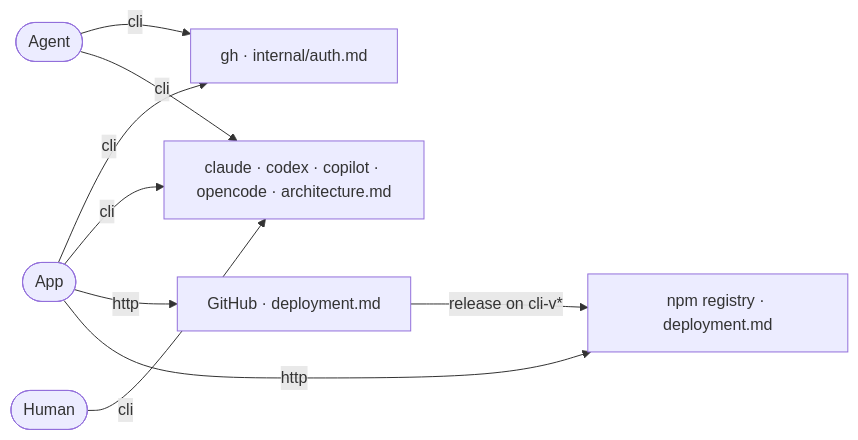
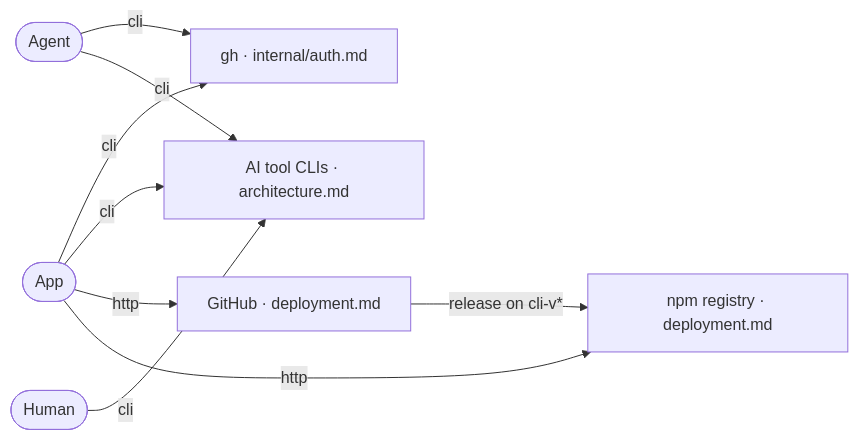
One commit to ai-driven-dev/framework changed the diagram in cli/aidd_docs/memory/ecosystem.md. Above: the diagram before and after it, drawn with Mermaid. The commit also changed 15 other files, not shown here.

````diff
--- a/cli/aidd_docs/memory/ecosystem.md
+++ b/cli/aidd_docs/memory/ecosystem.md
@@ -3,20 +3,18 @@
 ```mermaid
 flowchart LR
   Human([Human])
   Agent([Agent])
   App([App])
   GitHub["GitHub · deployment.md"]
   Npm["npm registry · deployment.md"]
   Gh["gh · internal/auth.md"]
-  Hosts["claude · codex · copilot · opencode · architecture.md"]
-
+  Hosts["AI tool CLIs · architecture.md"]
   Agent -- cli --> Gh
   Agent -- cli --> Hosts
   Human -- cli --> Hosts
   App -- cli --> Gh
   App -- cli --> Hosts
   App -- http --> GitHub
   App -- http --> Npm
-
   GitHub -- "release on cli-v*" --> Npm
 ```
````
